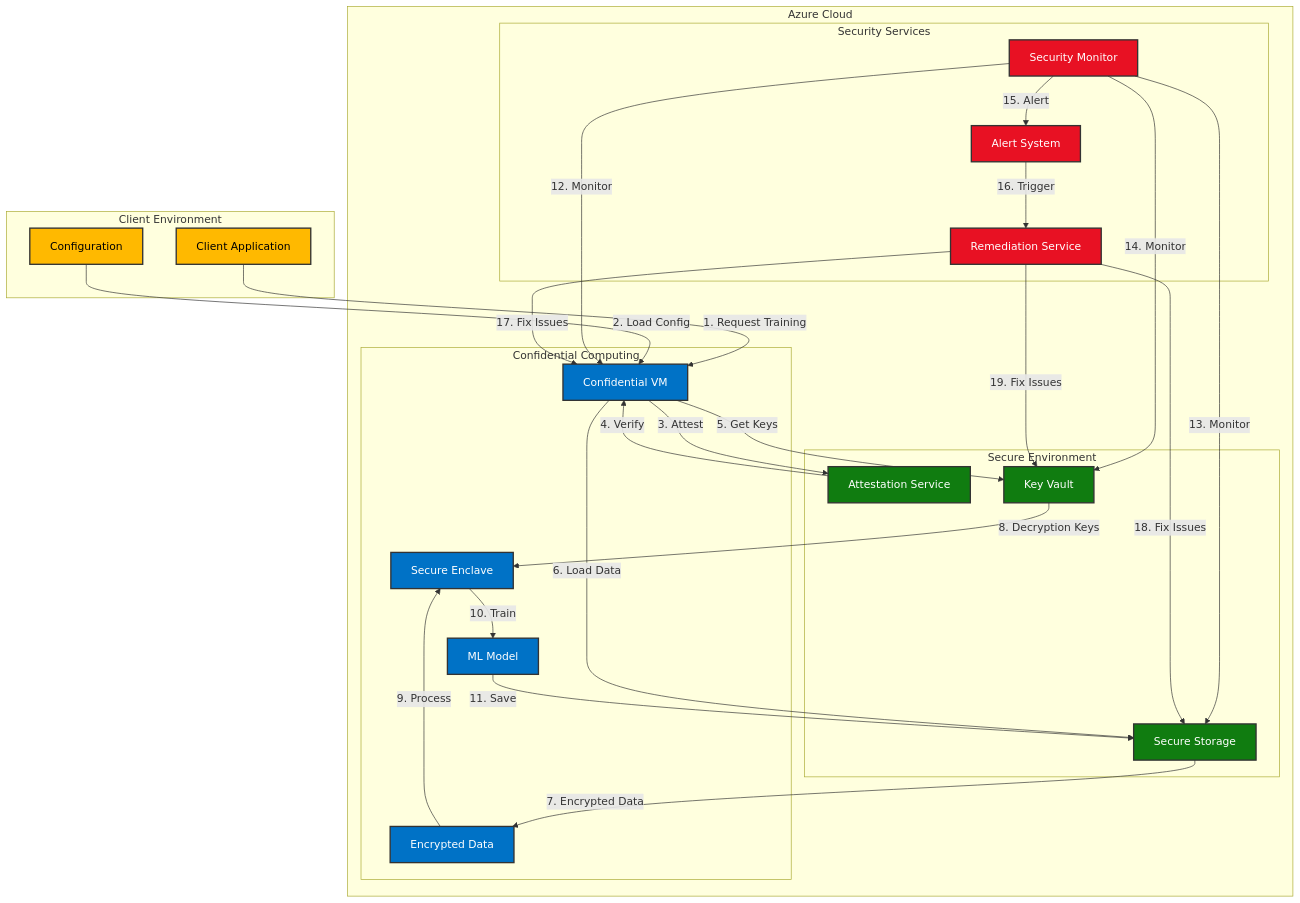
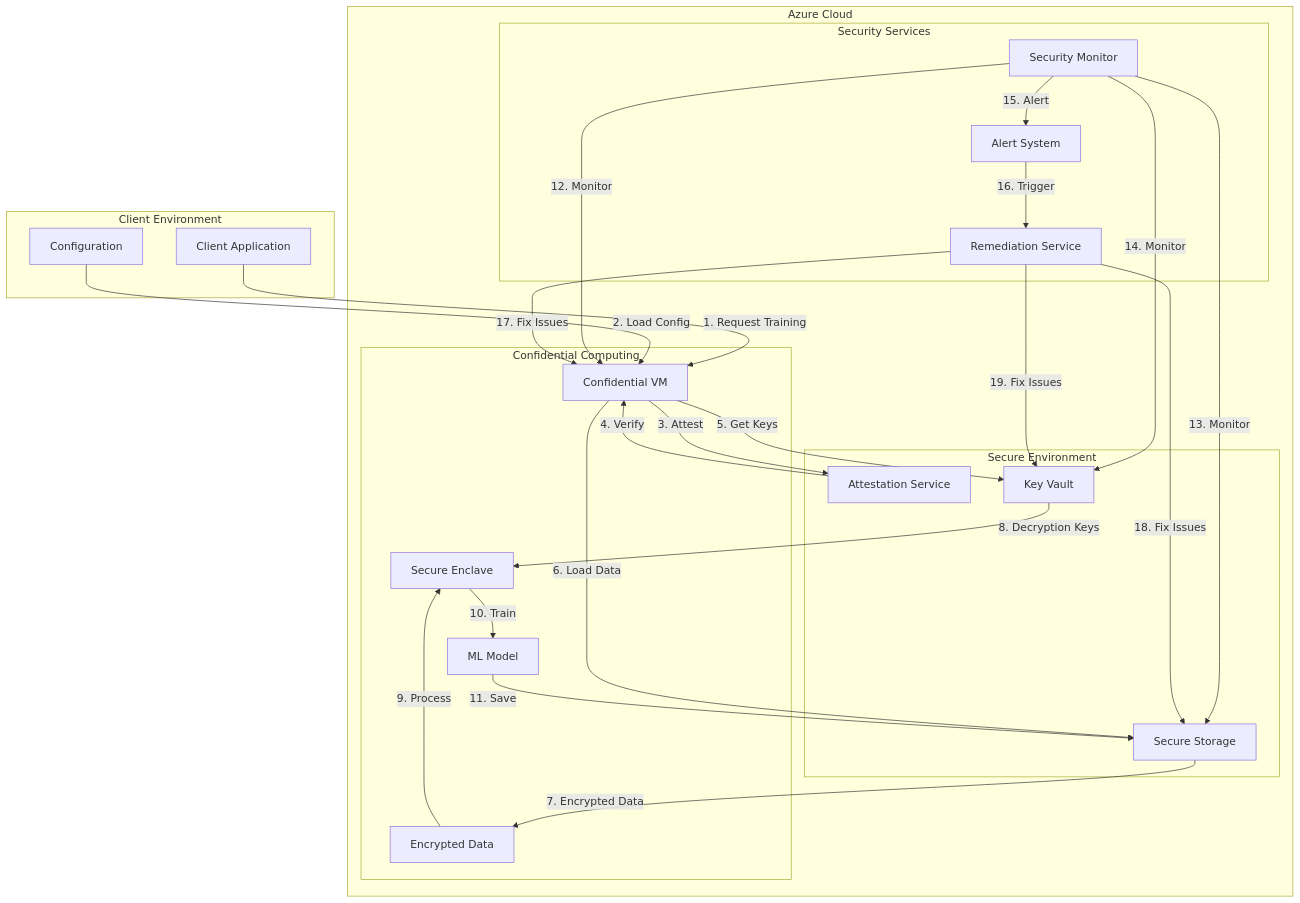
The diagram in docs/diagrams/architecture.mmd (gitmujoshi/confidentialcomputingplatform), drawn with Mermaid before and after one commit. The commit also changed 4 other files, not shown here.

Commit message:
updated diagrams

```diff
--- a/docs/diagrams/architecture.mmd
+++ b/docs/diagrams/architecture.mmd
@@ -1,56 +1,46 @@
 graph TB
     subgraph "Client Environment"
         Client[Client Application]
         Config[Configuration]
     end
 
     subgraph "Azure Cloud"
         subgraph "Secure Environment"
             Attest[Attestation Service]
             KeyVault[Key Vault]
             Storage[Secure Storage]
         end
 
         subgraph "Confidential Computing"
             VM[Confidential VM]
             Enclave[Secure Enclave]
             Model[ML Model]
             Data[Encrypted Data]
         end
 
         subgraph "Security Services"
             Monitor[Security Monitor]
             Alert[Alert System]
             Remediate[Remediation Service]
         end
     end
 
     Client -->|1. Request Training| VM
     Config -->|2. Load Config| VM
     VM -->|3. Attest| Attest
     Attest -->|4. Verify| VM
     VM -->|5. Get Keys| KeyVault
     VM -->|6. Load Data| Storage
     Storage -->|7. Encrypted Data| Data
     KeyVault -->|8. Decryption Keys| Enclave
     Data -->|9. Process| Enclave
     Enclave -->|10. Train| Model
     Model -->|11. Save| Storage
     Monitor -->|12. Monitor| VM
     Monitor -->|13. Monitor| Storage
     Monitor -->|14. Monitor| KeyVault
     Monitor -->|15. Alert| Alert
     Alert -->|16. Trigger| Remediate
     Remediate -->|17. Fix Issues| VM
     Remediate -->|18. Fix Issues| Storage
-    Remediate -->|19. Fix Issues| KeyVault
-
-    classDef azure fill:#0072C6,stroke:#333,stroke-width:2px,color:white;
-    classDef secure fill:#107C10,stroke:#333,stroke-width:2px,color:white;
-    classDef client fill:#FFB900,stroke:#333,stroke-width:2px,color:black;
-    classDef security fill:#E81123,stroke:#333,stroke-width:2px,color:white;
-
-    class Client,Config client;
-    class Attest,KeyVault,Storage secure;
-    class VM,Enclave,Model,Data azure;
-    class Monitor,Alert,Remediate security; 
+    Remediate -->|19. Fix Issues| KeyVault 
```
